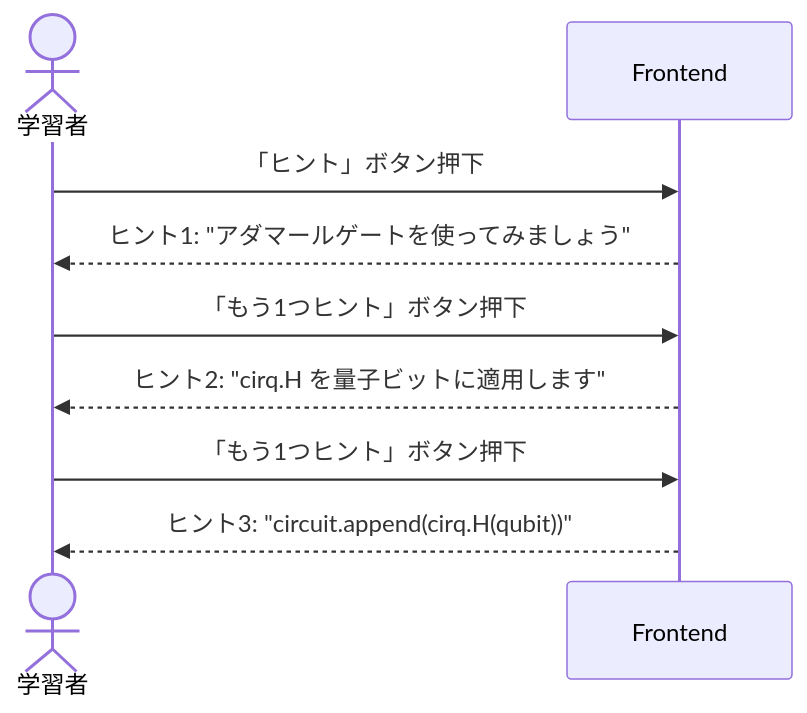
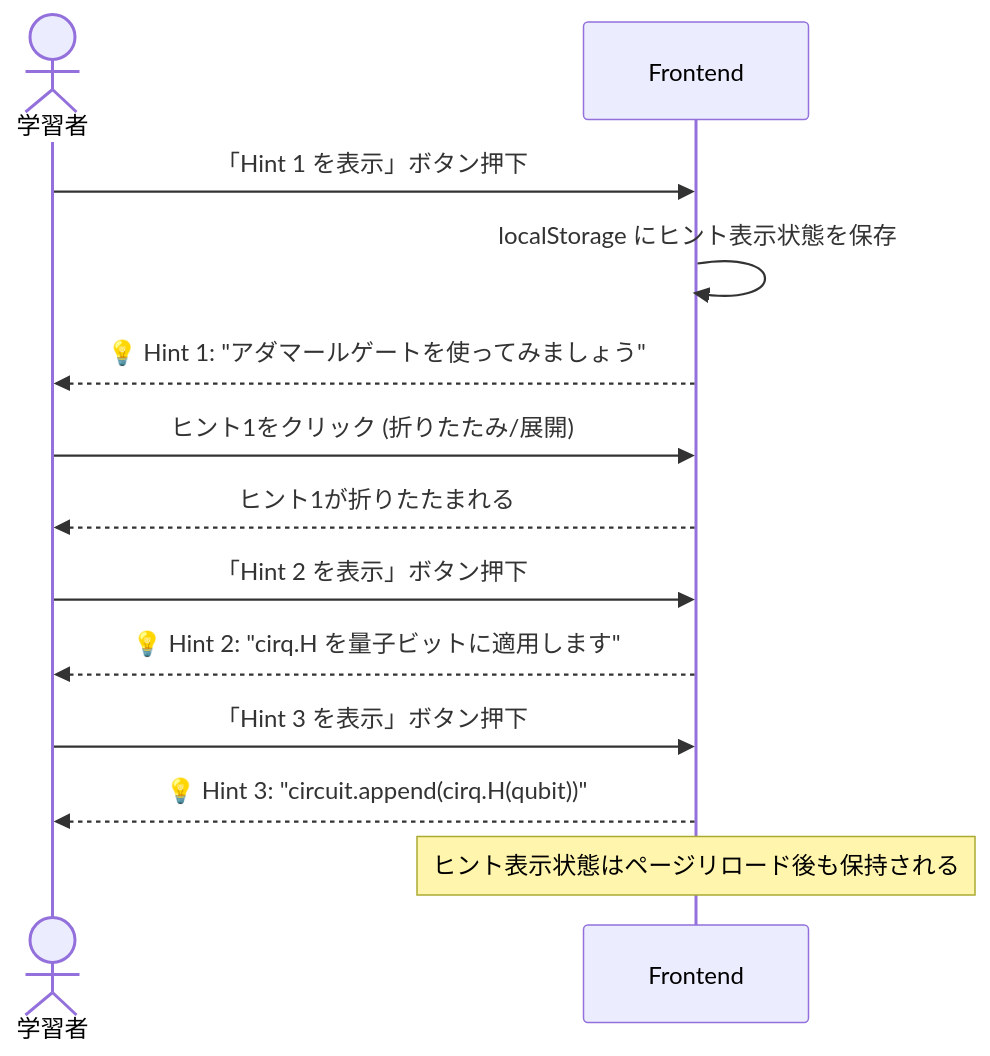
One commit to akaitigo/quantum-katas changed the fourth of 6 diagrams in docs/use-cases.md. Above: the diagram before and after it, drawn with Mermaid. The commit also changed other lines of this file and 11 other files, not shown here.

````diff
--- a/docs/use-cases.md
+++ b/docs/use-cases.md
@@ -63,12 +64,16 @@
 ```mermaid
 sequenceDiagram
     actor User as 学習者
     participant FE as Frontend
 
-    User->>FE: 「ヒント」ボタン押下
-    FE-->>User: ヒント1: "アダマールゲートを使ってみましょう"
-    User->>FE: 「もう1つヒント」ボタン押下
-    FE-->>User: ヒント2: "cirq.H を量子ビットに適用します"
-    User->>FE: 「もう1つヒント」ボタン押下
-    FE-->>User: ヒント3: "circuit.append(cirq.H(qubit))"
+    User->>FE: 「Hint 1 を表示」ボタン押下
+    FE->>FE: localStorage にヒント表示状態を保存
+    FE-->>User: 💡 Hint 1: "アダマールゲートを使ってみましょう"
+    User->>FE: ヒント1をクリック (折りたたみ/展開)
+    FE-->>User: ヒント1が折りたたまれる
+    User->>FE: 「Hint 2 を表示」ボタン押下
+    FE-->>User: 💡 Hint 2: "cirq.H を量子ビットに適用します"
+    User->>FE: 「Hint 3 を表示」ボタン押下
+    FE-->>User: 💡 Hint 3: "circuit.append(cirq.H(qubit))"
+    Note over FE: ヒント表示状態はページリロード後も保持される
 ```
````
